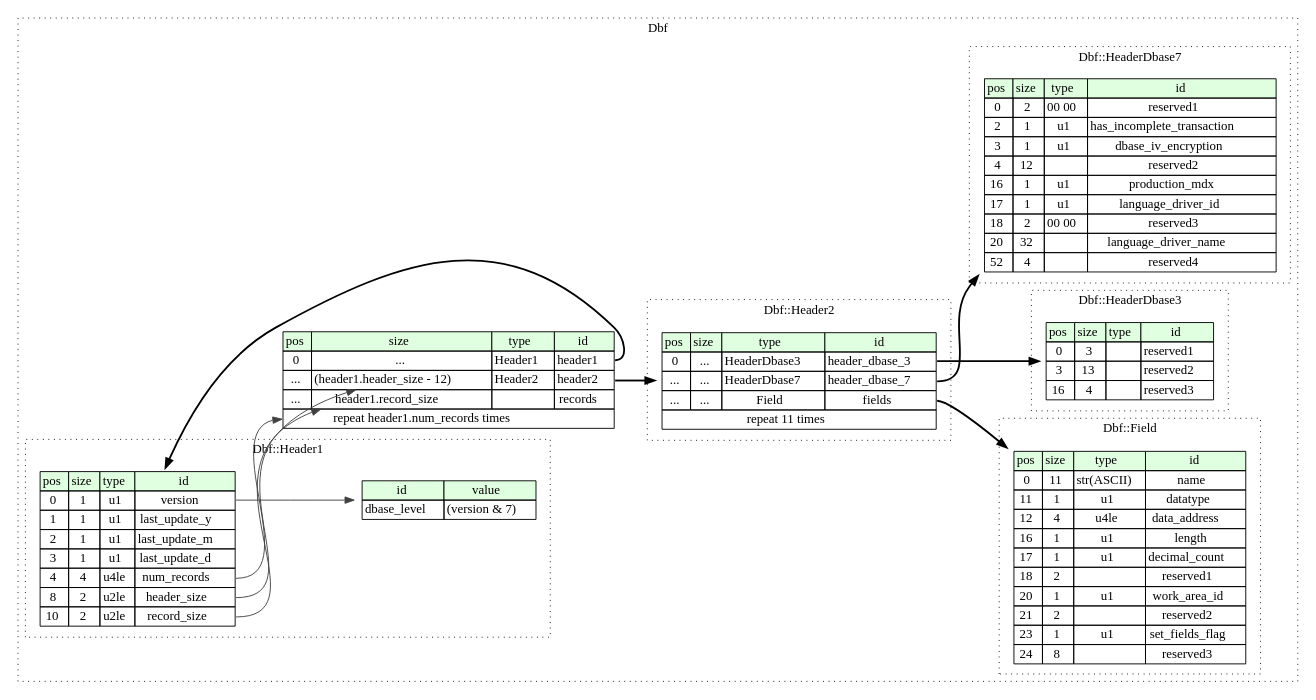
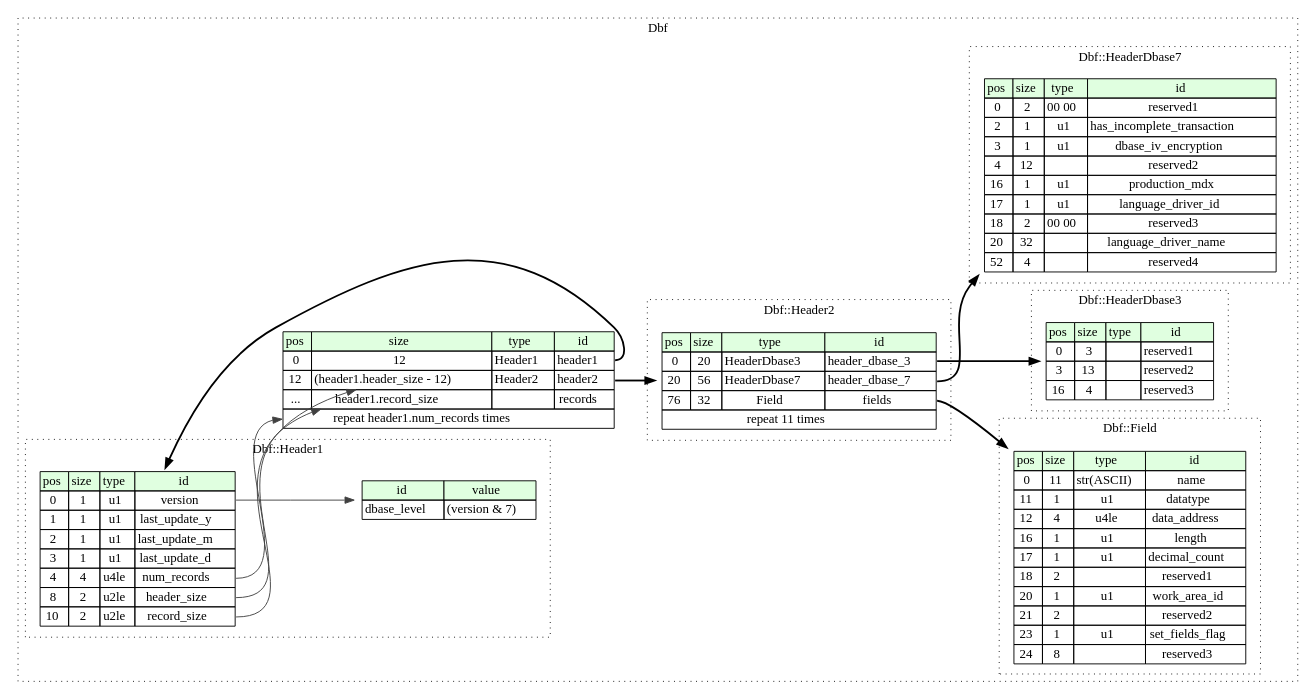
Before and after one commit to kaitai-io/formats-kaitai-io.github.io: the diagram in dbf/src/graphviz/dbf.dot, drawn with Graphviz. The commit also changed 1654 other files, not shown here.

```diff
--- a/dbf/src/graphviz/dbf.dot
+++ b/dbf/src/graphviz/dbf.dot
@@ -1,102 +1,102 @@
 digraph {
 	rankdir=LR;
 	node [shape=plaintext];
 	subgraph cluster__dbf {
 		label="Dbf";
 		graph[style=dotted];
 
 		dbf__seq [label=<<TABLE BORDER="0" CELLBORDER="1" CELLSPACING="0">
 			<TR><TD BGCOLOR="#E0FFE0">pos</TD><TD BGCOLOR="#E0FFE0">size</TD><TD BGCOLOR="#E0FFE0">type</TD><TD BGCOLOR="#E0FFE0">id</TD></TR>
-			<TR><TD PORT="header1_pos">0</TD><TD PORT="header1_size">...</TD><TD>Header1</TD><TD PORT="header1_type">header1</TD></TR>
-			<TR><TD PORT="header2_pos">...</TD><TD PORT="header2_size">(header1.header_size - 12)</TD><TD>Header2</TD><TD PORT="header2_type">header2</TD></TR>
+			<TR><TD PORT="header1_pos">0</TD><TD PORT="header1_size">12</TD><TD>Header1</TD><TD PORT="header1_type">header1</TD></TR>
+			<TR><TD PORT="header2_pos">12</TD><TD PORT="header2_size">(header1.header_size - 12)</TD><TD>Header2</TD><TD PORT="header2_type">header2</TD></TR>
 			<TR><TD PORT="records_pos">...</TD><TD PORT="records_size">header1.record_size</TD><TD></TD><TD PORT="records_type">records</TD></TR>
 			<TR><TD COLSPAN="4" PORT="records__repeat">repeat header1.num_records times</TD></TR>
 		</TABLE>>];
 		subgraph cluster__header2 {
 			label="Dbf::Header2";
 			graph[style=dotted];
 
 			header2__seq [label=<<TABLE BORDER="0" CELLBORDER="1" CELLSPACING="0">
 				<TR><TD BGCOLOR="#E0FFE0">pos</TD><TD BGCOLOR="#E0FFE0">size</TD><TD BGCOLOR="#E0FFE0">type</TD><TD BGCOLOR="#E0FFE0">id</TD></TR>
-				<TR><TD PORT="header_dbase_3_pos">0</TD><TD PORT="header_dbase_3_size">...</TD><TD>HeaderDbase3</TD><TD PORT="header_dbase_3_type">header_dbase_3</TD></TR>
-				<TR><TD PORT="header_dbase_7_pos">...</TD><TD PORT="header_dbase_7_size">...</TD><TD>HeaderDbase7</TD><TD PORT="header_dbase_7_type">header_dbase_7</TD></TR>
-				<TR><TD PORT="fields_pos">...</TD><TD PORT="fields_size">...</TD><TD>Field</TD><TD PORT="fields_type">fields</TD></TR>
+				<TR><TD PORT="header_dbase_3_pos">0</TD><TD PORT="header_dbase_3_size">20</TD><TD>HeaderDbase3</TD><TD PORT="header_dbase_3_type">header_dbase_3</TD></TR>
+				<TR><TD PORT="header_dbase_7_pos">20</TD><TD PORT="header_dbase_7_size">56</TD><TD>HeaderDbase7</TD><TD PORT="header_dbase_7_type">header_dbase_7</TD></TR>
+				<TR><TD PORT="fields_pos">76</TD><TD PORT="fields_size">32</TD><TD>Field</TD><TD PORT="fields_type">fields</TD></TR>
 				<TR><TD COLSPAN="4" PORT="fields__repeat">repeat 11 times</TD></TR>
 			</TABLE>>];
 		}
 		subgraph cluster__field {
 			label="Dbf::Field";
 			graph[style=dotted];
 
 			field__seq [label=<<TABLE BORDER="0" CELLBORDER="1" CELLSPACING="0">
 				<TR><TD BGCOLOR="#E0FFE0">pos</TD><TD BGCOLOR="#E0FFE0">size</TD><TD BGCOLOR="#E0FFE0">type</TD><TD BGCOLOR="#E0FFE0">id</TD></TR>
 				<TR><TD PORT="name_pos">0</TD><TD PORT="name_size">11</TD><TD>str(ASCII)</TD><TD PORT="name_type">name</TD></TR>
 				<TR><TD PORT="datatype_pos">11</TD><TD PORT="datatype_size">1</TD><TD>u1</TD><TD PORT="datatype_type">datatype</TD></TR>
 				<TR><TD PORT="data_address_pos">12</TD><TD PORT="data_address_size">4</TD><TD>u4le</TD><TD PORT="data_address_type">data_address</TD></TR>
 				<TR><TD PORT="length_pos">16</TD><TD PORT="length_size">1</TD><TD>u1</TD><TD PORT="length_type">length</TD></TR>
 				<TR><TD PORT="decimal_count_pos">17</TD><TD PORT="decimal_count_size">1</TD><TD>u1</TD><TD PORT="decimal_count_type">decimal_count</TD></TR>
 				<TR><TD PORT="reserved1_pos">18</TD><TD PORT="reserved1_size">2</TD><TD></TD><TD PORT="reserved1_type">reserved1</TD></TR>
 				<TR><TD PORT="work_area_id_pos">20</TD><TD PORT="work_area_id_size">1</TD><TD>u1</TD><TD PORT="work_area_id_type">work_area_id</TD></TR>
 				<TR><TD PORT="reserved2_pos">21</TD><TD PORT="reserved2_size">2</TD><TD></TD><TD PORT="reserved2_type">reserved2</TD></TR>
 				<TR><TD PORT="set_fields_flag_pos">23</TD><TD PORT="set_fields_flag_size">1</TD><TD>u1</TD><TD PORT="set_fields_flag_type">set_fields_flag</TD></TR>
 				<TR><TD PORT="reserved3_pos">24</TD><TD PORT="reserved3_size">8</TD><TD></TD><TD PORT="reserved3_type">reserved3</TD></TR>
 			</TABLE>>];
 		}
 		subgraph cluster__header1 {
 			label="Dbf::Header1";
 			graph[style=dotted];
 
 			header1__seq [label=<<TABLE BORDER="0" CELLBORDER="1" CELLSPACING="0">
 				<TR><TD BGCOLOR="#E0FFE0">pos</TD><TD BGCOLOR="#E0FFE0">size</TD><TD BGCOLOR="#E0FFE0">type</TD><TD BGCOLOR="#E0FFE0">id</TD></TR>
 				<TR><TD PORT="version_pos">0</TD><TD PORT="version_size">1</TD><TD>u1</TD><TD PORT="version_type">version</TD></TR>
 				<TR><TD PORT="last_update_y_pos">1</TD><TD PORT="last_update_y_size">1</TD><TD>u1</TD><TD PORT="last_update_y_type">last_update_y</TD></TR>
 				<TR><TD PORT="last_update_m_pos">2</TD><TD PORT="last_update_m_size">1</TD><TD>u1</TD><TD PORT="last_update_m_type">last_update_m</TD></TR>
 				<TR><TD PORT="last_update_d_pos">3</TD><TD PORT="last_update_d_size">1</TD><TD>u1</TD><TD PORT="last_update_d_type">last_update_d</TD></TR>
 				<TR><TD PORT="num_records_pos">4</TD><TD PORT="num_records_size">4</TD><TD>u4le</TD><TD PORT="num_records_type">num_records</TD></TR>
 				<TR><TD PORT="header_size_pos">8</TD><TD PORT="header_size_size">2</TD><TD>u2le</TD><TD PORT="header_size_type">header_size</TD></TR>
 				<TR><TD PORT="record_size_pos">10</TD><TD PORT="record_size_size">2</TD><TD>u2le</TD><TD PORT="record_size_type">record_size</TD></TR>
 			</TABLE>>];
 			header1__inst__dbase_level [label=<<TABLE BORDER="0" CELLBORDER="1" CELLSPACING="0">
 				<TR><TD BGCOLOR="#E0FFE0">id</TD><TD BGCOLOR="#E0FFE0">value</TD></TR>
 				<TR><TD>dbase_level</TD><TD>(version &amp; 7)</TD></TR>
 			</TABLE>>];
 		}
 		subgraph cluster__header_dbase_3 {
 			label="Dbf::HeaderDbase3";
 			graph[style=dotted];
 
 			header_dbase_3__seq [label=<<TABLE BORDER="0" CELLBORDER="1" CELLSPACING="0">
 				<TR><TD BGCOLOR="#E0FFE0">pos</TD><TD BGCOLOR="#E0FFE0">size</TD><TD BGCOLOR="#E0FFE0">type</TD><TD BGCOLOR="#E0FFE0">id</TD></TR>
 				<TR><TD PORT="reserved1_pos">0</TD><TD PORT="reserved1_size">3</TD><TD></TD><TD PORT="reserved1_type">reserved1</TD></TR>
 				<TR><TD PORT="reserved2_pos">3</TD><TD PORT="reserved2_size">13</TD><TD></TD><TD PORT="reserved2_type">reserved2</TD></TR>
 				<TR><TD PORT="reserved3_pos">16</TD><TD PORT="reserved3_size">4</TD><TD></TD><TD PORT="reserved3_type">reserved3</TD></TR>
 			</TABLE>>];
 		}
 		subgraph cluster__header_dbase_7 {
 			label="Dbf::HeaderDbase7";
 			graph[style=dotted];
 
 			header_dbase_7__seq [label=<<TABLE BORDER="0" CELLBORDER="1" CELLSPACING="0">
 				<TR><TD BGCOLOR="#E0FFE0">pos</TD><TD BGCOLOR="#E0FFE0">size</TD><TD BGCOLOR="#E0FFE0">type</TD><TD BGCOLOR="#E0FFE0">id</TD></TR>
 				<TR><TD PORT="reserved1_pos">0</TD><TD PORT="reserved1_size">2</TD><TD>00 00</TD><TD PORT="reserved1_type">reserved1</TD></TR>
 				<TR><TD PORT="has_incomplete_transaction_pos">2</TD><TD PORT="has_incomplete_transaction_size">1</TD><TD>u1</TD><TD PORT="has_incomplete_transaction_type">has_incomplete_transaction</TD></TR>
 				<TR><TD PORT="dbase_iv_encryption_pos">3</TD><TD PORT="dbase_iv_encryption_size">1</TD><TD>u1</TD><TD PORT="dbase_iv_encryption_type">dbase_iv_encryption</TD></TR>
 				<TR><TD PORT="reserved2_pos">4</TD><TD PORT="reserved2_size">12</TD><TD></TD><TD PORT="reserved2_type">reserved2</TD></TR>
 				<TR><TD PORT="production_mdx_pos">16</TD><TD PORT="production_mdx_size">1</TD><TD>u1</TD><TD PORT="production_mdx_type">production_mdx</TD></TR>
 				<TR><TD PORT="language_driver_id_pos">17</TD><TD PORT="language_driver_id_size">1</TD><TD>u1</TD><TD PORT="language_driver_id_type">language_driver_id</TD></TR>
 				<TR><TD PORT="reserved3_pos">18</TD><TD PORT="reserved3_size">2</TD><TD>00 00</TD><TD PORT="reserved3_type">reserved3</TD></TR>
 				<TR><TD PORT="language_driver_name_pos">20</TD><TD PORT="language_driver_name_size">32</TD><TD></TD><TD PORT="language_driver_name_type">language_driver_name</TD></TR>
 				<TR><TD PORT="reserved4_pos">52</TD><TD PORT="reserved4_size">4</TD><TD></TD><TD PORT="reserved4_type">reserved4</TD></TR>
 			</TABLE>>];
 		}
 	}
 	dbf__seq:header1_type -> header1__seq [style=bold];
 	header1__seq:header_size_type -> dbf__seq:header2_size [color="#404040"];
 	dbf__seq:header2_type -> header2__seq [style=bold];
 	header1__seq:record_size_type -> dbf__seq:records_size [color="#404040"];
 	header1__seq:num_records_type -> dbf__seq:records__repeat [color="#404040"];
 	header2__seq:header_dbase_3_type -> header_dbase_3__seq [style=bold];
 	header2__seq:header_dbase_7_type -> header_dbase_7__seq [style=bold];
 	header2__seq:fields_type -> field__seq [style=bold];
 	header1__seq:version_type -> header1__inst__dbase_level [color="#404040"];
 }
```
